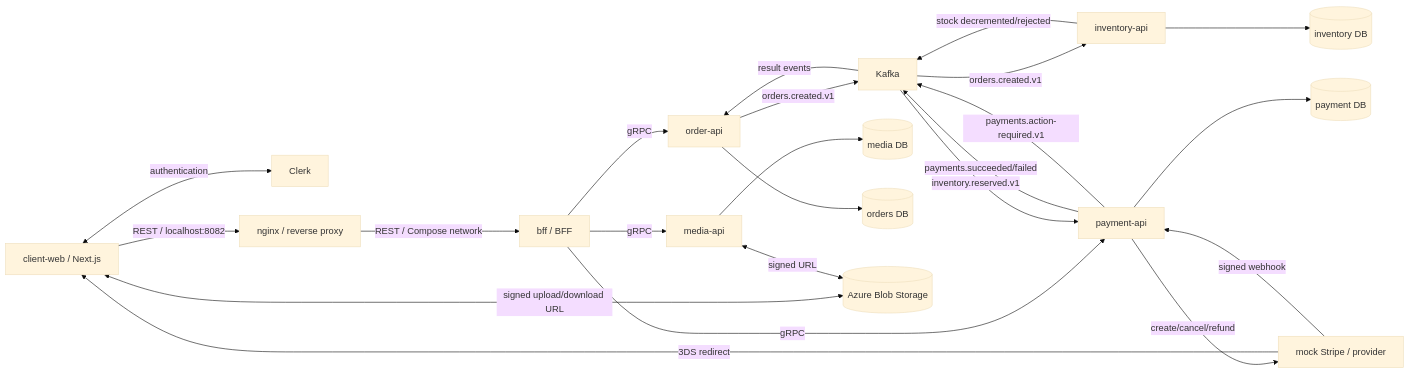
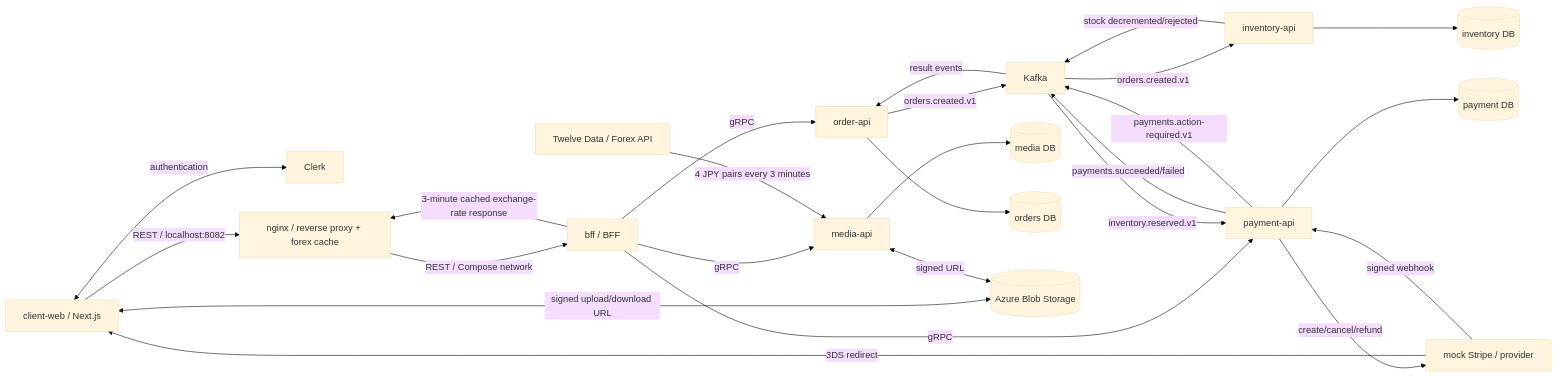
Before and after one commit to asamigentoku/PinguCoin: the diagram in docs/ARCHITECTURE.md, drawn with Mermaid (base theme). The commit also changed other lines of this file and 89 other files, not shown here.

````diff
--- a/docs/ARCHITECTURE.md
+++ b/docs/ARCHITECTURE.md
@@ -3,25 +3,27 @@
 ```mermaid
 flowchart LR
     Web[client-web / Next.js] <-->|authentication| Clerk[Clerk]
-    Web -->|REST / localhost:8082| Nginx[nginx / reverse proxy]
+    Web -->|REST / localhost:8082| Nginx[nginx / reverse proxy + forex cache]
     Nginx -->|REST / Compose network| BFF[bff / BFF]
+    BFF -->|3-minute cached exchange-rate response| Nginx
     BFF -->|gRPC| Media[media-api]
+    Forex[Twelve Data / Forex API] -->|4 JPY pairs every 3 minutes| Media
     BFF -->|gRPC| Order[order-api]
     BFF -->|gRPC| Payment[payment-api]
 Order -->|orders.created.v1| Kafka[Kafka]
 Kafka -->|orders.created.v1| Inventory[inventory-api]
 Inventory -->|stock decremented/rejected| Kafka
     Kafka -->|inventory.reserved.v1| Payment
     Payment -->|payments.succeeded/failed| Kafka
     Payment -->|payments.action-required.v1| Kafka
     Kafka -->|result events| Order
     Payment -->|create/cancel/refund| Stripe[mock Stripe / provider]
     Stripe -->|3DS redirect| Web
     Stripe -->|signed webhook| Payment
     Media --> MediaDB[(media DB)]
     Inventory --> InventoryDB[(inventory DB)]
     Payment --> PaymentDB[(payment DB)]
     Order --> OrderDB[(orders DB)]
     Web <-->|signed upload/download URL| Blob[(Azure Blob Storage)]
     Media <-->|signed URL| Blob
 ```
````
